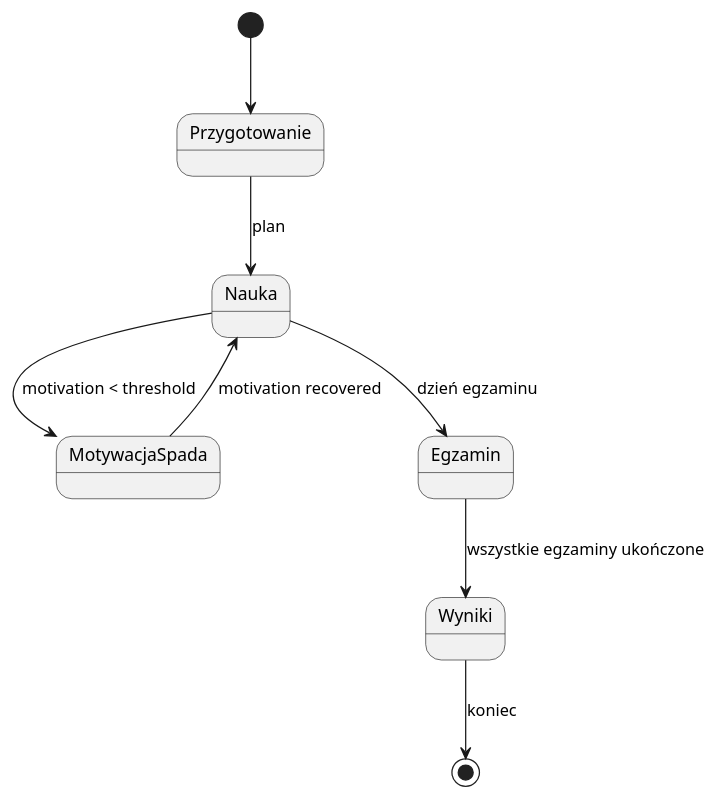
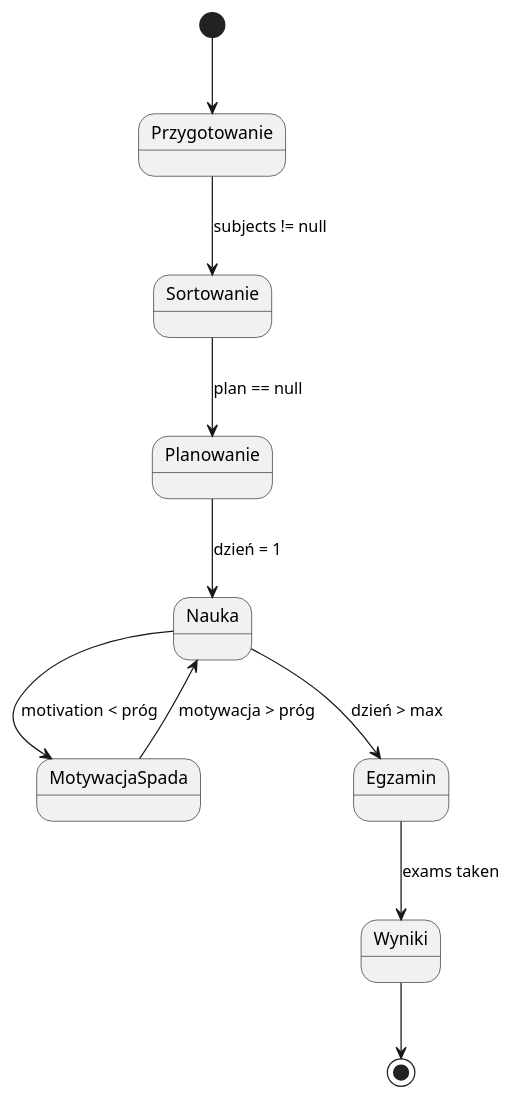
The diagram in uml/Maszyna stanow.puml (Krzyzak321/Symulator_Sesji), drawn with PlantUML before and after one commit. The commit also changed 5 other files, not shown here.

Commit message:
diagramy

```diff
--- a/uml/Maszyna stanow.puml
+++ b/uml/Maszyna stanow.puml
@@ -1,11 +1,16 @@
 @startuml
 
 [*] --> Przygotowanie
-Przygotowanie --> Nauka : plan
-Nauka --> MotywacjaSpada : motivation < threshold
-MotywacjaSpada --> Nauka : motivation recovered
-Nauka --> Egzamin : dzień egzaminu
-Egzamin --> Wyniki : wszystkie egzaminy ukończone
-Wyniki --> [*] : koniec
+
+Przygotowanie --> Sortowanie : subjects != null
+Sortowanie --> Planowanie : plan == null
+Planowanie --> Nauka : dzień = 1
+
+Nauka --> MotywacjaSpada : motivation < próg
+MotywacjaSpada --> Nauka : motywacja > próg
+
+Nauka --> Egzamin : dzień > max
+Egzamin --> Wyniki : exams taken
+Wyniki --> [*]
 
 @enduml
```
